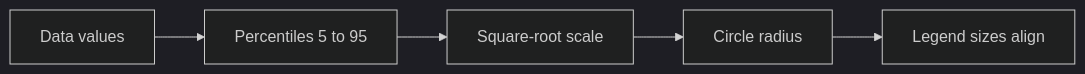
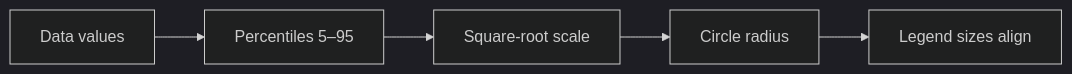
Before and after one commit to maplumi/maplumi-pbi: the second of 2 diagrams in spec/scaled-circles/quick-reference.md, drawn with Mermaid (dark theme). The commit also changed other lines of this file and 4 other files, not shown here.

Commit message:
fix mermaid diagrams

````diff
--- a/spec/scaled-circles/quick-reference.md
+++ b/spec/scaled-circles/quick-reference.md
@@ -45,7 +45,7 @@
 ```mermaid
 flowchart LR
-	A["Data values"] --> B["Percentiles 5 to 95"]
+	A["Data values"] --> B["Percentiles 5–95"]
 	B --> C["Square-root scale"]
 	C --> D["Circle radius"]
 	D --> E["Legend sizes align"]
 ```
````
